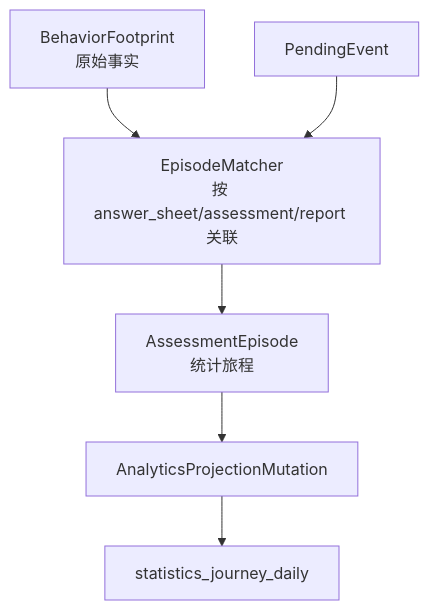
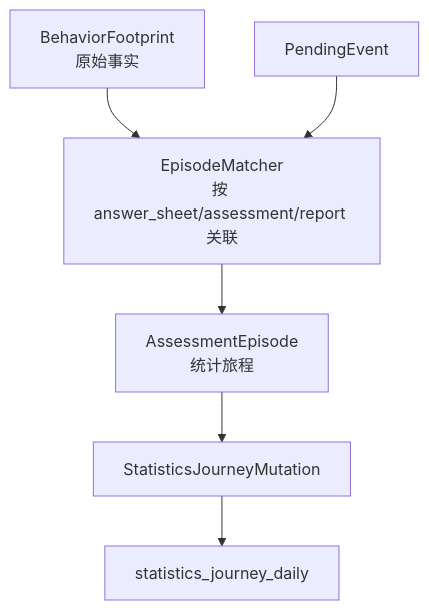
The second of 3 diagrams in docs/05-专题分析/behavior-projection/03-assessment_episode边界.md (FangcunMount/qs-server), drawn with Mermaid before and after one commit. The commit also changed other lines of this file and 40 other files, not shown here.

````diff
--- a/docs/05-专题分析/behavior-projection/03-assessment_episode边界.md
+++ b/docs/05-专题分析/behavior-projection/03-assessment_episode边界.md
@@ -56,8 +56,8 @@
 ```mermaid
 flowchart TB
     footprint["BehaviorFootprint\n原始事实"] --> matcher["EpisodeMatcher\n按 answer_sheet/assessment/report 关联"]
     matcher --> episode["AssessmentEpisode\n统计旅程"]
-    episode --> mutation["AnalyticsProjectionMutation"]
+    episode --> mutation["StatisticsJourneyMutation"]
     mutation --> projection["statistics_journey_daily"]
     pending["PendingEvent"] --> matcher
 ```
````
